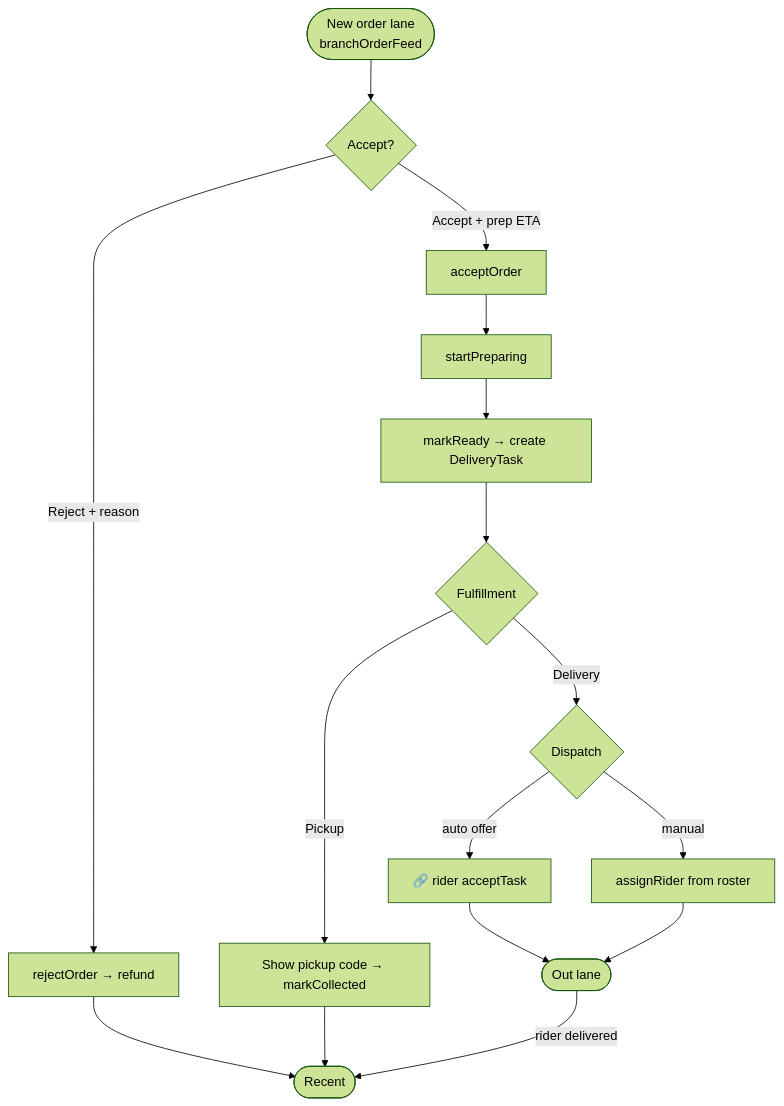
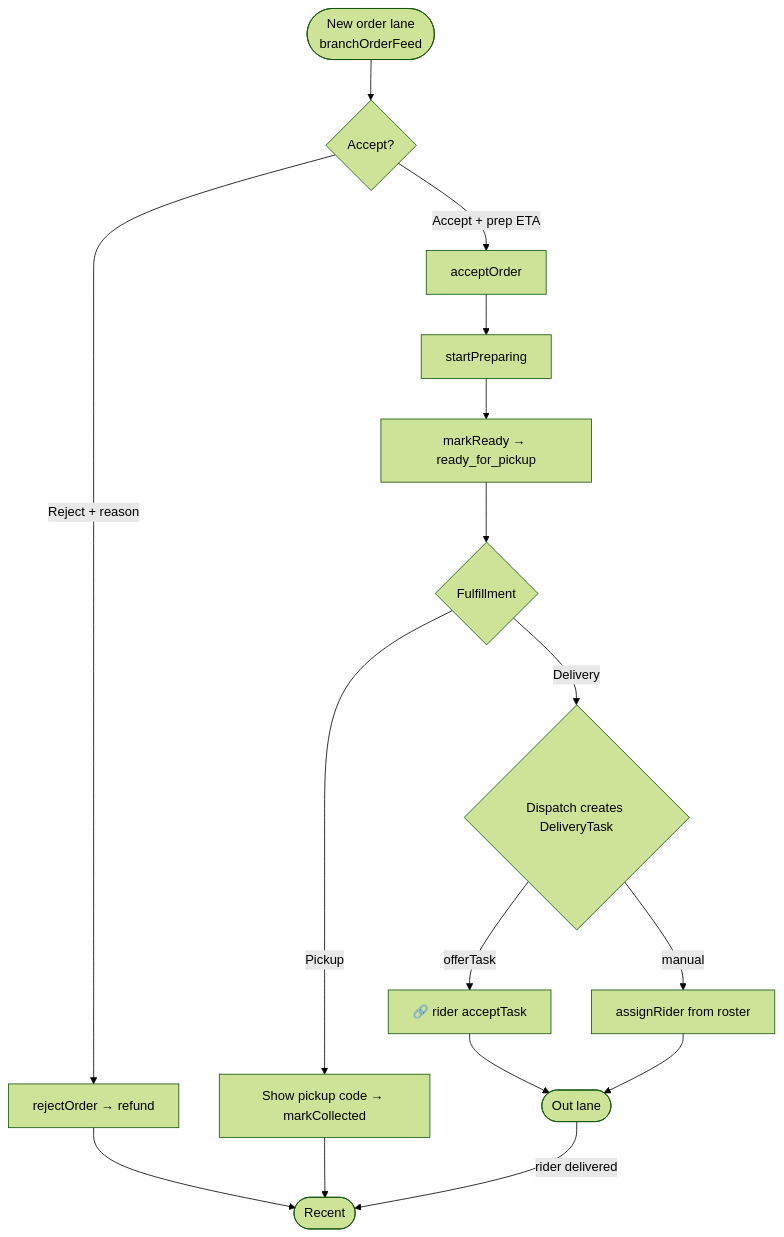
One commit to Hassanjkhan99/food-delivery changed the third of 4 diagrams in docs/flows/restaurant.md. Above: the diagram before and after it, drawn with Mermaid (forest theme). The commit also changed other lines of this file and 3 other files, not shown here.

First line of the commit message:
docs: correct flow-doc accuracy per Codex review on #201

````diff
--- a/docs/flows/restaurant.md
+++ b/docs/flows/restaurant.md
@@ -252,16 +264,16 @@
 ```mermaid
 flowchart TD
     NEW([New order lane<br/>branchOrderFeed]) --> DEC{Accept?}
     DEC -->|Reject + reason| REJ[rejectOrder → refund] --> RECENT([Recent])
     DEC -->|Accept + prep ETA| ACC[acceptOrder]
     ACC --> PREP[startPreparing]
-    PREP --> RDY[markReady → create DeliveryTask]
+    PREP --> RDY[markReady → ready_for_pickup]
     RDY --> MODE{Fulfillment}
     MODE -->|Pickup| COL[Show pickup code → markCollected] --> RECENT
-    MODE -->|Delivery| DISP{Dispatch}
-    DISP -->|auto offer| RIDER[🔗 rider acceptTask]
+    MODE -->|Delivery| DISP{Dispatch creates DeliveryTask}
+    DISP -->|offerTask| RIDER[🔗 rider acceptTask]
     DISP -->|manual| ASSIGN[assignRider from roster]
     RIDER --> OUT([Out lane])
     ASSIGN --> OUT
     OUT -->|rider delivered| RECENT
 ```
````
